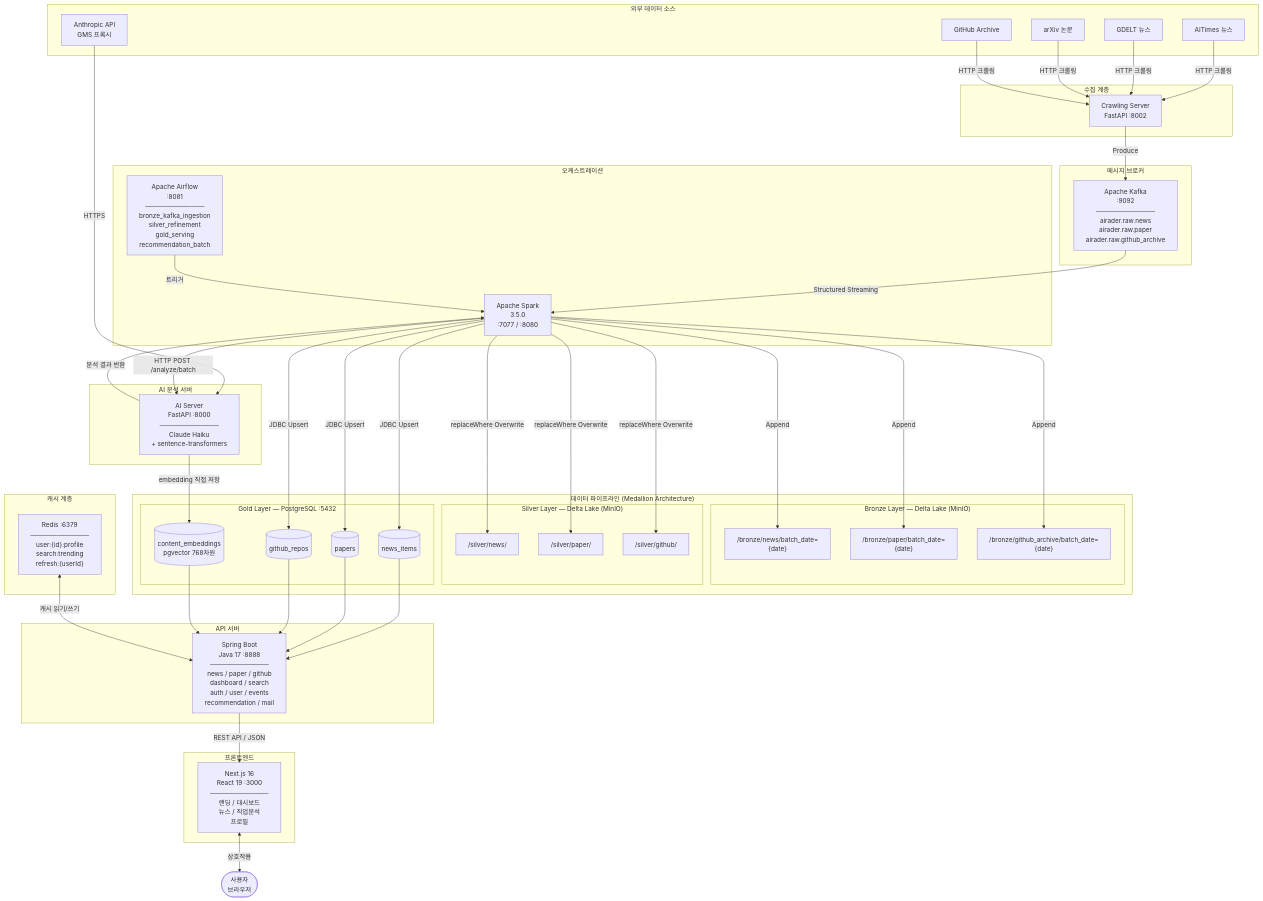
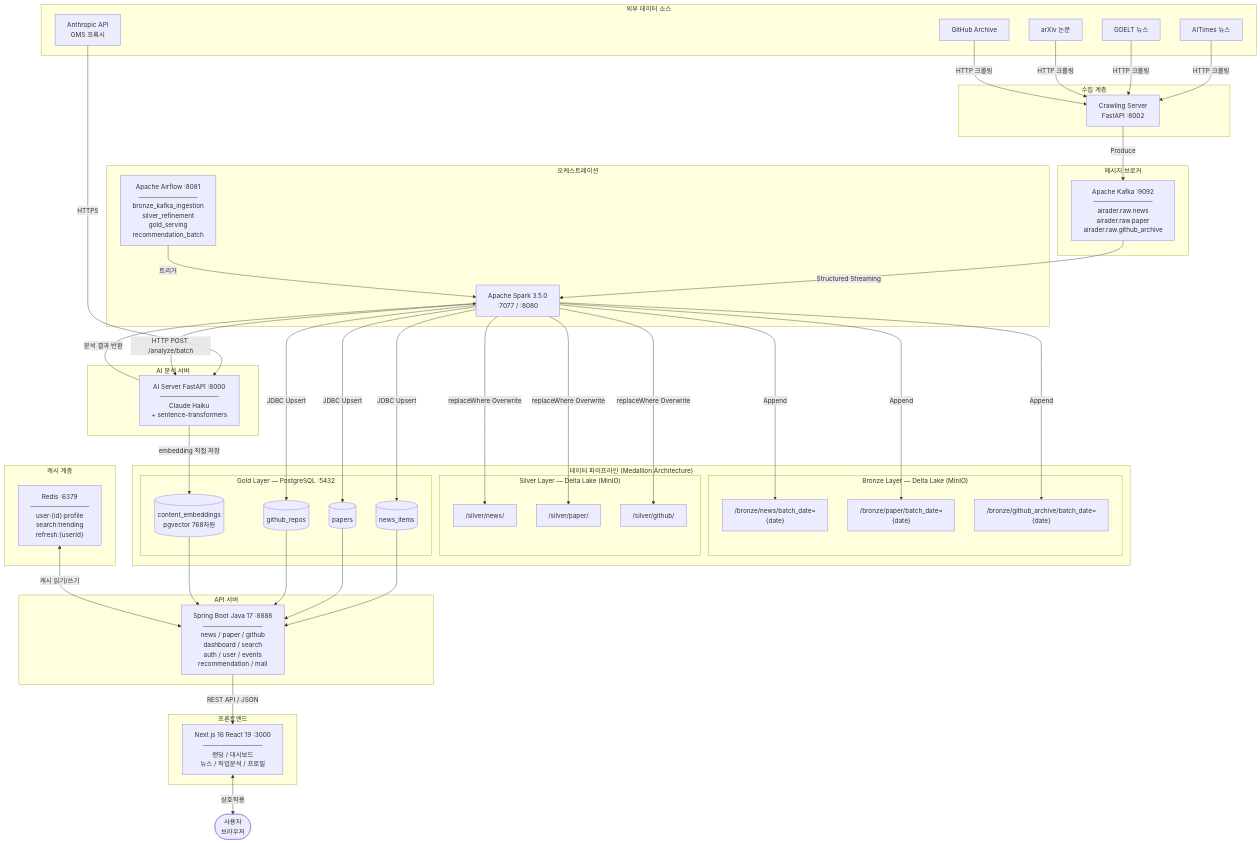
Before and after one commit to ljy0221/AiRadar: the diagram in docs/diagrams/01_system_architecture.md, drawn with Mermaid. The commit also changed 7 other files, not shown here.

````diff
--- a/docs/diagrams/01_system_architecture.md
+++ b/docs/diagrams/01_system_architecture.md
@@ -3,76 +3,76 @@
 ```mermaid
 graph TB
     subgraph EXT["외부 데이터 소스"]
         SRC1[AITimes 뉴스]
         SRC2[GDELT 뉴스]
         SRC3[arXiv 논문]
         SRC4[GitHub Archive]
-        SRC5[Anthropic API\nGMS 프록시]
+        SRC5["Anthropic API<br/>GMS 프록시"]
     end
 
     subgraph COLLECT["수집 계층"]
-        CRAWL["Crawling Server\nFastAPI :8002"]
+        CRAWL["Crawling Server<br/>FastAPI :8002"]
     end
 
     subgraph BROKER["메시지 브로커"]
-        KAFKA["Apache Kafka\n:9092\n─────────────\nairader.raw.news\nairader.raw.paper\nairader.raw.github_archive"]
+        KAFKA["Apache Kafka :9092<br/>─────────────<br/>airader.raw.news<br/>airader.raw.paper<br/>airader.raw.github_archive"]
     end
 
     subgraph PIPELINE["데이터 파이프라인 (Medallion Architecture)"]
         subgraph BRONZE["Bronze Layer — Delta Lake (MinIO)"]
             B1["/bronze/news/batch_date={date}"]
             B2["/bronze/paper/batch_date={date}"]
             B3["/bronze/github_archive/batch_date={date}"]
         end
         subgraph SILVER["Silver Layer — Delta Lake (MinIO)"]
             S1["/silver/news/"]
             S2["/silver/paper/"]
             S3["/silver/github/"]
         end
         subgraph GOLD["Gold Layer — PostgreSQL :5432"]
             G1[(news_items)]
             G2[(papers)]
             G3[(github_repos)]
-            G4[(content_embeddings\npgvector 768차원)]
+            G4[("content_embeddings<br/>pgvector 768차원")]
         end
     end
 
     subgraph AI["AI 분석 서버"]
-        AISVR["AI Server\nFastAPI :8000\n─────────────\nClaude Haiku\n+ sentence-transformers"]
+        AISVR["AI Server FastAPI :8000<br/>─────────────<br/>Claude Haiku<br/>+ sentence-transformers"]
     end
 
     subgraph ORCH["오케스트레이션"]
-        AF["Apache Airflow\n:8081\n─────────────\nbronze_kafka_ingestion\nsilver_refinement\ngold_serving\nrecommendation_batch"]
-        SP["Apache Spark\n3.5.0\n:7077 / :8080"]
+        AF["Apache Airflow :8081<br/>─────────────<br/>bronze_kafka_ingestion<br/>silver_refinement<br/>gold_serving<br/>recommendation_batch"]
+        SP["Apache Spark 3.5.0<br/>:7077 / :8080"]
     end
 
     subgraph CACHE["캐시 계층"]
-        REDIS["Redis :6379\n─────────────\nuser:{id}:profile\nsearch:trending\nrefresh:{userId}"]
+        REDIS["Redis :6379<br/>─────────────<br/>user:{id}:profile<br/>search:trending<br/>refresh:{userId}"]
     end
 
     subgraph API["API 서버"]
-        BOOT["Spring Boot\nJava 17 :8888\n─────────────\nnews / paper / github\ndashboard / search\nauth / user / events\nrecommendation / mail"]
+        BOOT["Spring Boot Java 17 :8888<br/>─────────────<br/>news / paper / github<br/>dashboard / search<br/>auth / user / events<br/>recommendation / mail"]
     end
 
     subgraph FE["프론트엔드"]
-        NEXT["Next.js 16\nReact 19 :3000\n─────────────\n랜딩 / 대시보드\n뉴스 / 직업분석\n프로필"]
+        NEXT["Next.js 16 React 19 :3000<br/>─────────────<br/>랜딩 / 대시보드<br/>뉴스 / 직업분석 / 프로필"]
     end
 
-    USER([사용자\n브라우저])
+    USER(["사용자<br/>브라우저"])
 
     SRC1 & SRC2 & SRC3 & SRC4 -->|HTTP 크롤링| CRAWL
     SRC5 -->|HTTPS| AISVR
     CRAWL -->|Produce| KAFKA
     KAFKA -->|Structured Streaming| SP
     AF -->|트리거| SP
     SP -->|Append| B1 & B2 & B3
-    SP -->|HTTP POST /analyze/batch| AISVR
+    SP -->|"HTTP POST /analyze/batch"| AISVR
     AISVR -->|분석 결과 반환| SP
     AISVR -->|embedding 직접 저장| G4
     SP -->|replaceWhere Overwrite| S1 & S2 & S3
     SP -->|JDBC Upsert| G1 & G2 & G3
     G1 & G2 & G3 & G4 --> BOOT
     REDIS <-->|캐시 읽기/쓰기| BOOT
-    BOOT -->|REST API / JSON| NEXT
+    BOOT -->|"REST API / JSON"| NEXT
     NEXT <-->|상호작용| USER
 ```
````
